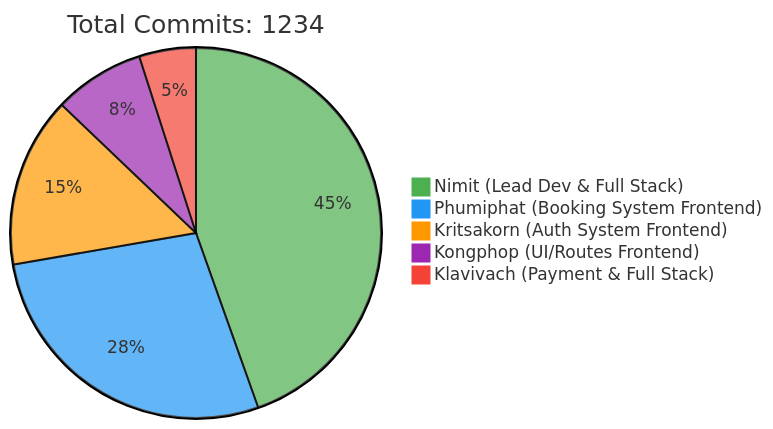
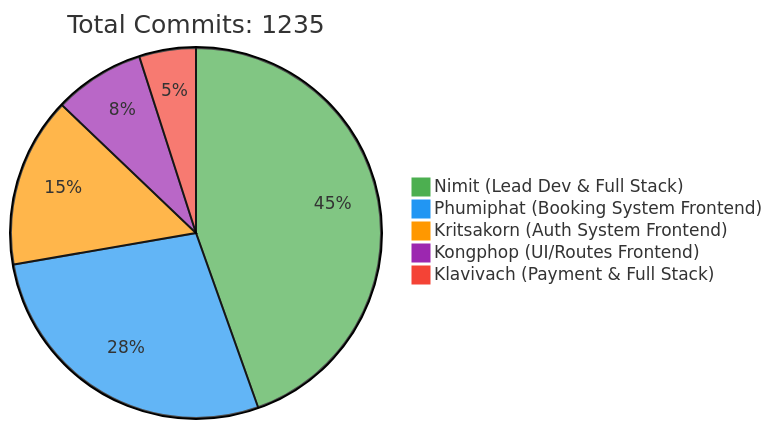
The first of 2 diagrams in README.md (6531503042/Sport-Complex), drawn with Mermaid before and after one commit. The commit also changed other lines of this file, not shown here.

Commit message:
docs: Update contributor statistics [skip ci]

````diff
--- a/README.md
+++ b/README.md
@@ -257,10 +257,10 @@
 ```mermaid
 %%{init: {'theme': 'base', 'themeVariables': { 'pie1': '#4CAF50', 'pie2': '#2196F3', 'pie3': '#FF9800', 'pie4': '#9C27B0', 'pie5': '#F44336'}}}%%
 pie
-    title Total Commits: 1234
+    title Total Commits: 1235
     "Nimit (Lead Dev & Full Stack)" : 450
     "Phumiphat (Booking System Frontend)" : 280
     "Kritsakorn (Auth System Frontend)" : 150
     "Kongphop (UI/Routes Frontend)" : 80
     "Klavivach (Payment & Full Stack)" : 50
 ```
````
